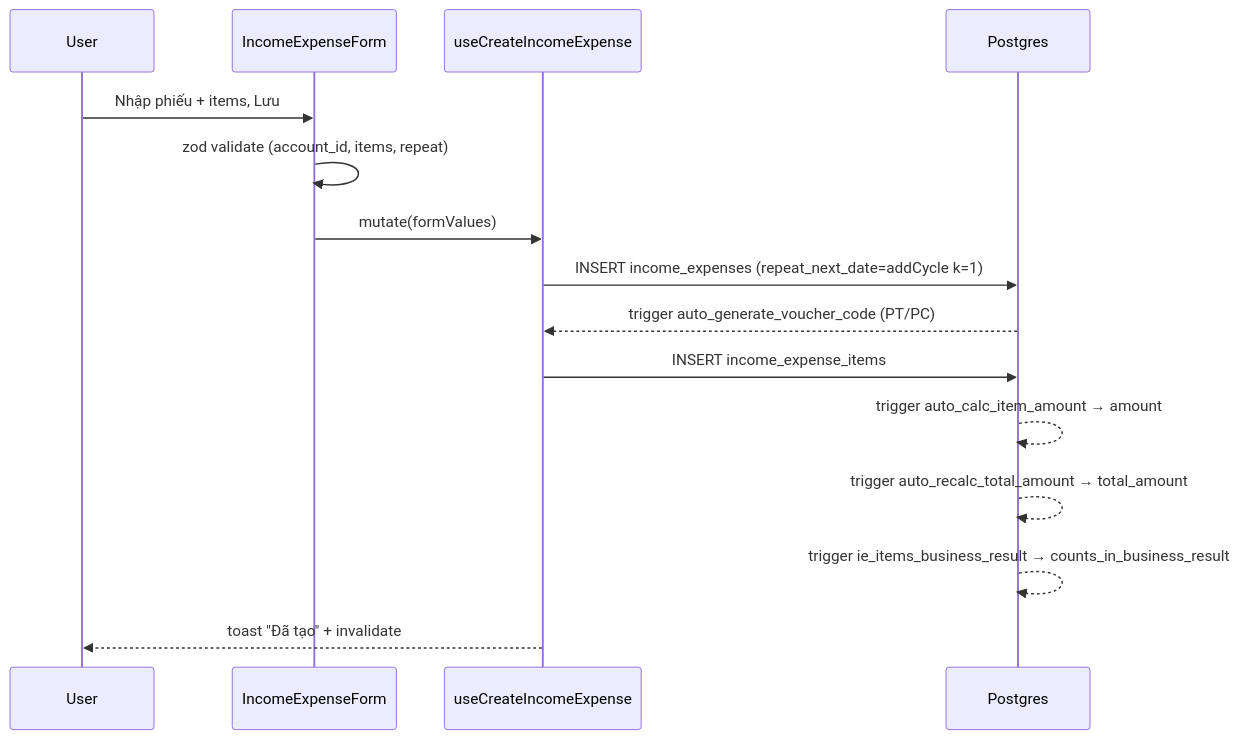
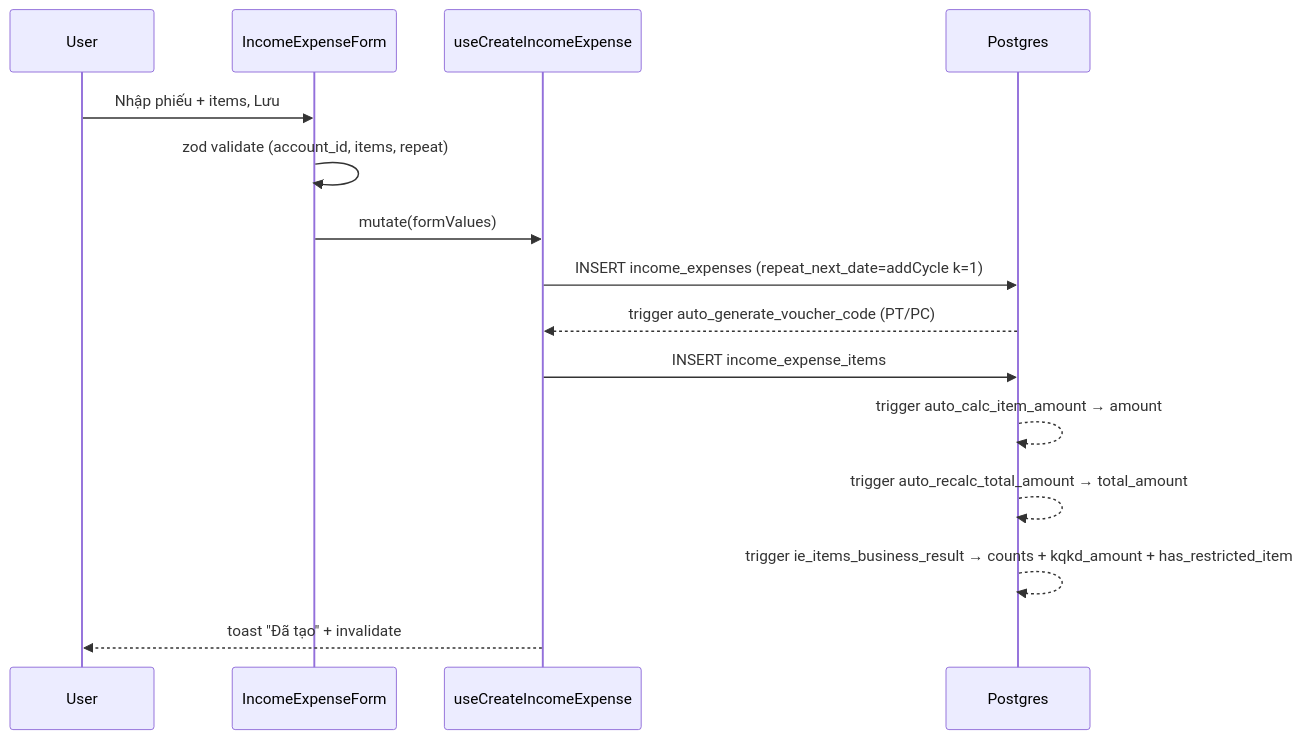
One commit to zxGreenxz/whiteboard-ihomecrm changed the fourth of 4 diagrams in docs/he-thong/08-thu-chi-so-quy.md. Above: the diagram before and after it, drawn with Mermaid. The commit also changed other lines of this file and 20 other files, not shown here.

````diff
--- a/docs/he-thong/08-thu-chi-so-quy.md
+++ b/docs/he-thong/08-thu-chi-so-quy.md
@@ -316,17 +411,17 @@
 ```mermaid
 sequenceDiagram
     participant U as User
     participant F as IncomeExpenseForm
     participant H as useCreateIncomeExpense
     participant DB as Postgres
     U->>F: Nhập phiếu + items, Lưu
     F->>F: zod validate (account_id, items, repeat)
     F->>H: mutate(formValues)
     H->>DB: INSERT income_expenses (repeat_next_date=addCycle k=1)
     DB-->>H: trigger auto_generate_voucher_code (PT/PC)
     H->>DB: INSERT income_expense_items
     DB-->>DB: trigger auto_calc_item_amount → amount
     DB-->>DB: trigger auto_recalc_total_amount → total_amount
-    DB-->>DB: trigger ie_items_business_result → counts_in_business_result
+    DB-->>DB: trigger ie_items_business_result → counts + kqkd_amount + has_restricted_item
     H-->>U: toast "Đã tạo" + invalidate
 ```
````
